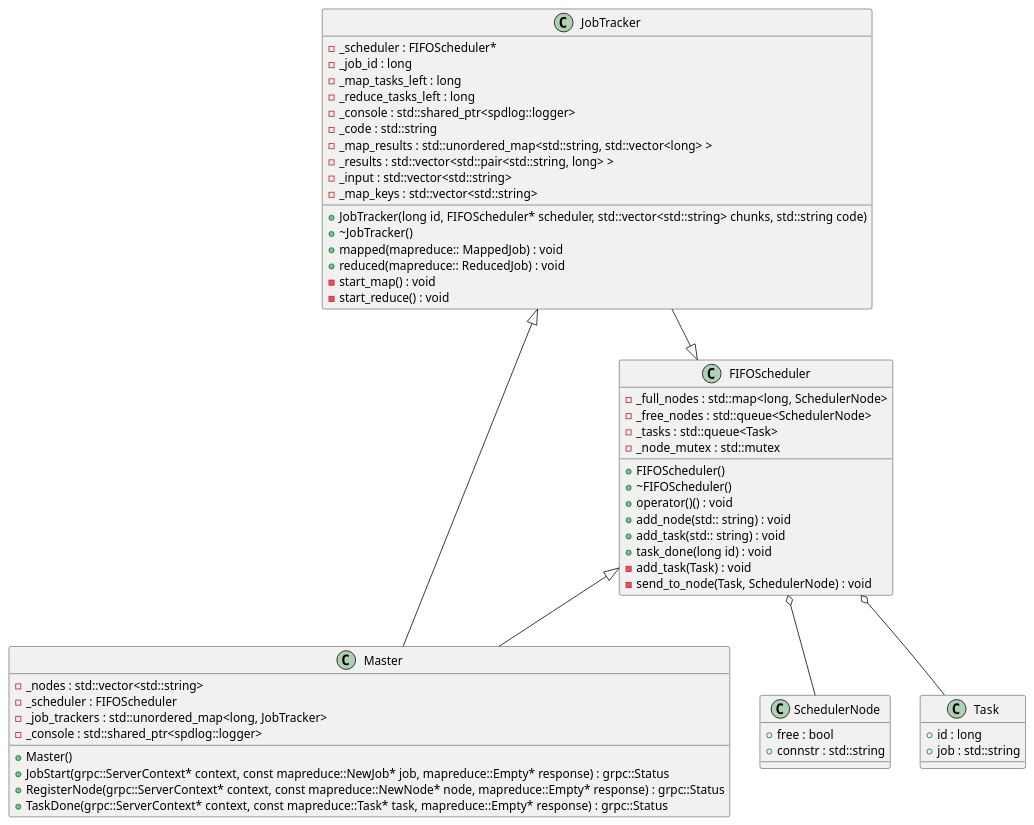
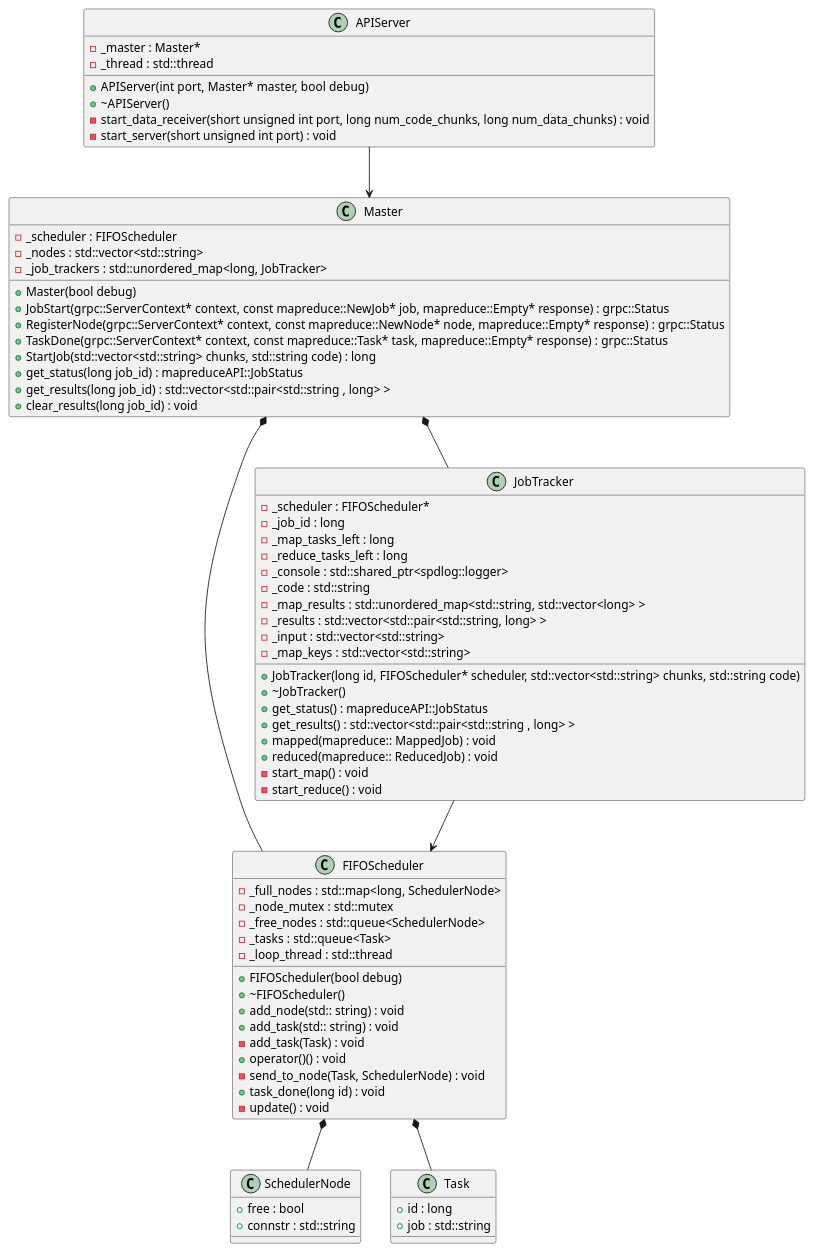
One commit to Sascha8a/MapReduce changed the diagram in docs/UMLs/class_diagram_master.puml. Above: the diagram before and after it, drawn with PlantUML. The commit also changed 19 other files, not shown here.

```diff
--- a/docs/UMLs/class_diagram_master.puml
+++ b/docs/UMLs/class_diagram_master.puml
@@ -1,65 +1,81 @@
-@startuml Master Class Diagram
+@startuml class_diagram_master
 
-class Master {
-    +Master()
-    +JobStart(grpc::ServerContext* context, const mapreduce::NewJob* job, mapreduce::Empty* response) : grpc::Status
-    +RegisterNode(grpc::ServerContext* context, const mapreduce::NewNode* node, mapreduce::Empty* response) : grpc::Status
-    +TaskDone(grpc::ServerContext* context, const mapreduce::Task* task, mapreduce::Empty* response) : grpc::Status
-    -_nodes : std::vector<std::string>
-    -_scheduler : FIFOScheduler
-    -_job_trackers : std::unordered_map<long, JobTracker>
-    -_console : std::shared_ptr<spdlog::logger>
+class APIServer {
+    +APIServer(int port, Master* master, bool debug)
+    +~APIServer()
+    -_master : Master*
+    -_thread : std::thread
+    -start_data_receiver(short unsigned int port, long num_code_chunks, long num_data_chunks) : void
+    -start_server(short unsigned int port) : void
 }
 
 class FIFOScheduler {
-    +FIFOScheduler()
+    +FIFOScheduler(bool debug)
     +~FIFOScheduler()
-    +operator()() : void
+    -_full_nodes : std::map<long, SchedulerNode>
+    -_node_mutex : std::mutex
+    -_free_nodes : std::queue<SchedulerNode>
+    -_tasks : std::queue<Task>
+    -_loop_thread : std::thread
     +add_node(std:: string) : void
     +add_task(std:: string) : void
+    -add_task(Task) : void
+    +operator()() : void
+    -send_to_node(Task, SchedulerNode) : void
     +task_done(long id) : void
-    -add_task(Task) : void
-    -send_to_node(Task, SchedulerNode) : void
-    -_full_nodes : std::map<long, SchedulerNode>
-    -_free_nodes : std::queue<SchedulerNode>
-    -_tasks : std::queue<Task>
-    -_node_mutex : std::mutex
+    -update() : void
 }
-
 
 class JobTracker {
     +JobTracker(long id, FIFOScheduler* scheduler, std::vector<std::string> chunks, std::string code)
     +~JobTracker()
     -_scheduler : FIFOScheduler*
     -_job_id : long
     -_map_tasks_left : long
     -_reduce_tasks_left : long
+    +get_status() : mapreduceAPI::JobStatus
     -_console : std::shared_ptr<spdlog::logger>
     -_code : std::string
     -_map_results : std::unordered_map<std::string, std::vector<long> >
+    +get_results() : std::vector<std::pair<std::string , long> >
     -_results : std::vector<std::pair<std::string, long> >
     -_input : std::vector<std::string>
     -_map_keys : std::vector<std::string>
     +mapped(mapreduce:: MappedJob) : void
     +reduced(mapreduce:: ReducedJob) : void
     -start_map() : void
     -start_reduce() : void
 }
 
+class Master {
+    +Master(bool debug)
+    -_scheduler : FIFOScheduler
+    -_nodes : std::vector<std::string>
+    -_job_trackers : std::unordered_map<long, JobTracker>
+    +JobStart(grpc::ServerContext* context, const mapreduce::NewJob* job, mapreduce::Empty* response) : grpc::Status
+    +RegisterNode(grpc::ServerContext* context, const mapreduce::NewNode* node, mapreduce::Empty* response) : grpc::Status
+    +TaskDone(grpc::ServerContext* context, const mapreduce::Task* task, mapreduce::Empty* response) : grpc::Status
+    +StartJob(std::vector<std::string> chunks, std::string code) : long
+    +get_status(long job_id) : mapreduceAPI::JobStatus
+    +get_results(long job_id) : std::vector<std::pair<std::string , long> >
+    +clear_results(long job_id) : void
+}
+
 class SchedulerNode {
     +free : bool
     +connstr : std::string
 }
 
 class Task {
-	+id : long
-	+job : std::string
+    +id : long
+    +job : std::string
 }
 
-JobTracker --|> FIFOScheduler
-FIFOScheduler <|-- Master
-JobTracker <|-- Master
-FIFOScheduler o-- SchedulerNode
-FIFOScheduler o-- Task
+Master *-- JobTracker
+APIServer --> Master
+JobTracker --> FIFOScheduler
+FIFOScheduler *-- SchedulerNode
+FIFOScheduler *-- Task
+Master *-- FIFOScheduler
 
 @enduml
```
